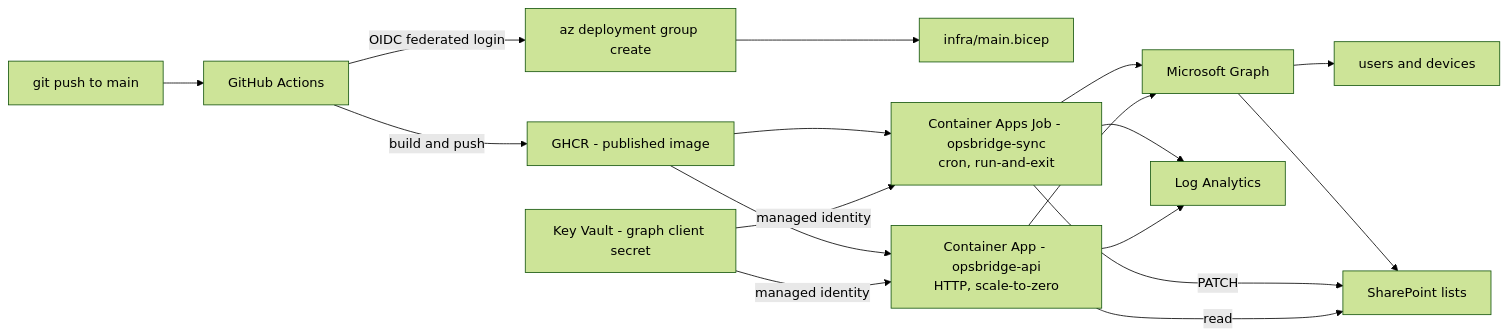
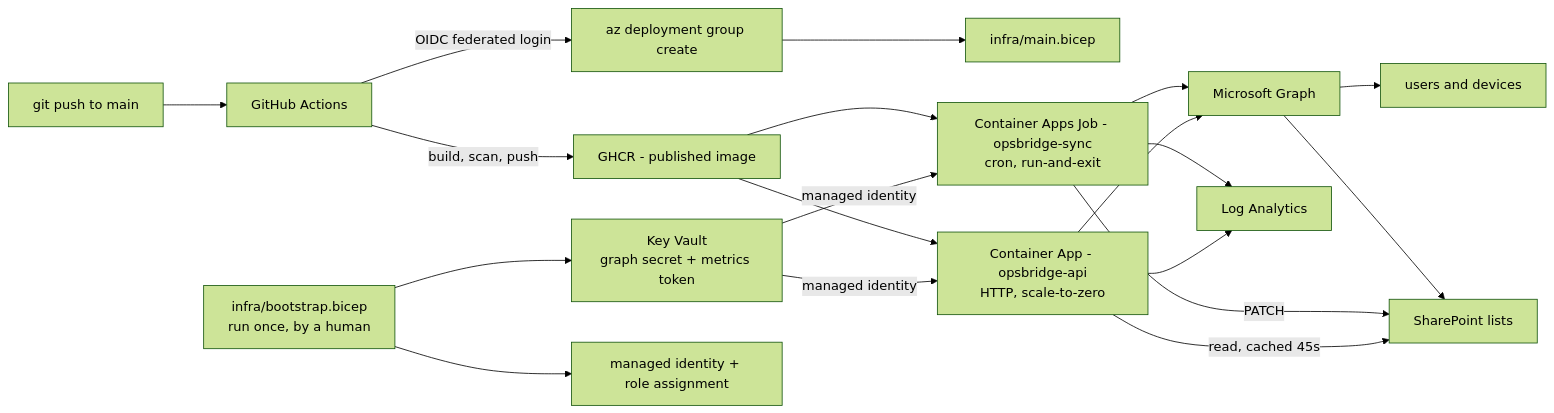
Before and after one commit to Alhamwis/OpsBridge365: the diagram in README.md, drawn with Mermaid (forest theme). The commit also changed other lines of this file and 19 other files, not shown here.

````diff
--- a/README.md
+++ b/README.md
@@ -59,24 +66,27 @@
 ```mermaid
 flowchart LR
     dev["git push to main"] --> gha["GitHub Actions"]
-    gha -->|"build and push"| ghcr["GHCR - published image"]
+    gha -->|"build, scan, push"| ghcr["GHCR - published image"]
     gha -->|"OIDC federated login"| arm["az deployment group create"]
     arm --> bicep["infra/main.bicep"]
+
+    boot["infra/bootstrap.bicep<br/>run once, by a human"] --> kv
+    boot --> mi["managed identity + role assignment"]
 
     ghcr --> job["Container Apps Job - opsbridge-sync<br/>cron, run-and-exit"]
     ghcr --> api["Container App - opsbridge-api<br/>HTTP, scale-to-zero"]
 
-    kv["Key Vault - graph client secret"] -->|"managed identity"| job
+    kv["Key Vault<br/>graph secret + metrics token"] -->|"managed identity"| job
     kv -->|"managed identity"| api
 
     job --> msgraph["Microsoft Graph"]
     api --> msgraph
     msgraph --> users["users and devices"]
     msgraph --> sp["SharePoint lists"]
 
     job -->|"PATCH"| sp
-    api -->|"read"| sp
+    api -->|"read, cached 45s"| sp
 
     job --> logs["Log Analytics"]
     api --> logs
 ```
````
